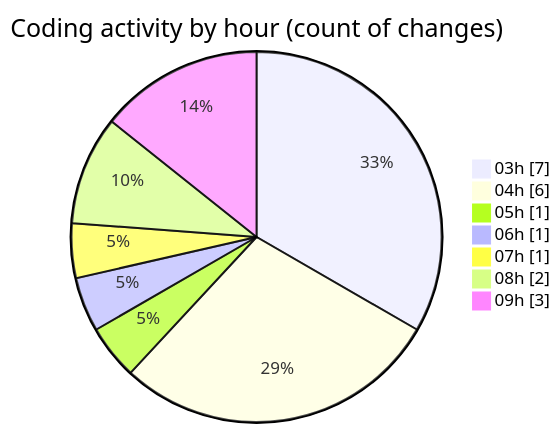
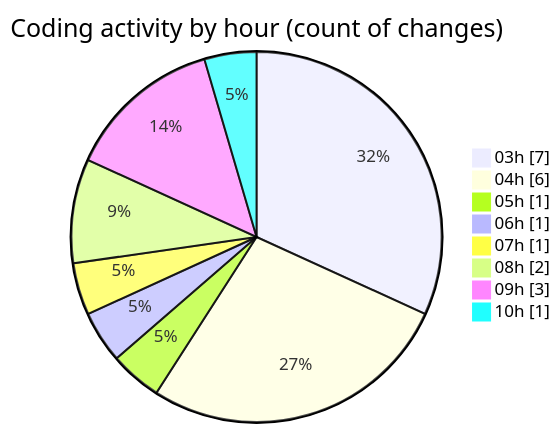
Before and after one commit to FelipKnott/code-tracking: the second of 2 diagrams in 2025-07-02/cursor/README.md, drawn with Mermaid. The commit also changed other lines of this file and 1 other file, not shown here.

````diff
--- a/2025-07-02/cursor/README.md
+++ b/2025-07-02/cursor/README.md
@@ -30,11 +30,12 @@
 ```mermaid
 pie showData
 title Coding activity by hour (count of changes)
 "03h" : 7
 "04h" : 6
 "05h" : 1
 "06h" : 1
 "07h" : 1
 "08h" : 2
 "09h" : 3
+"10h" : 1
 ```
````
